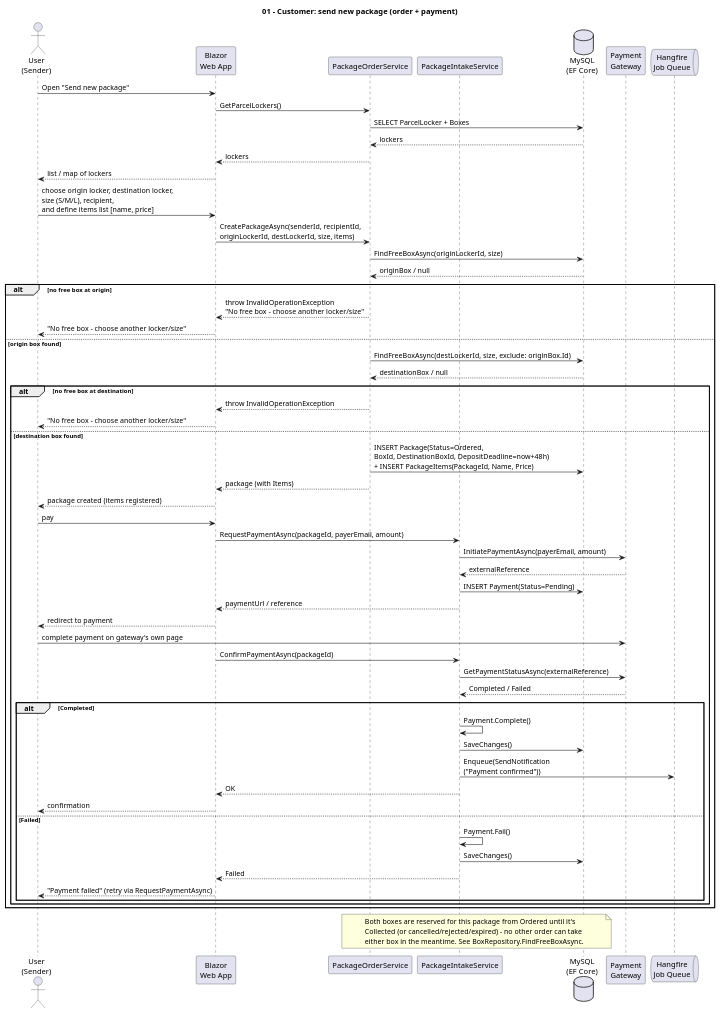
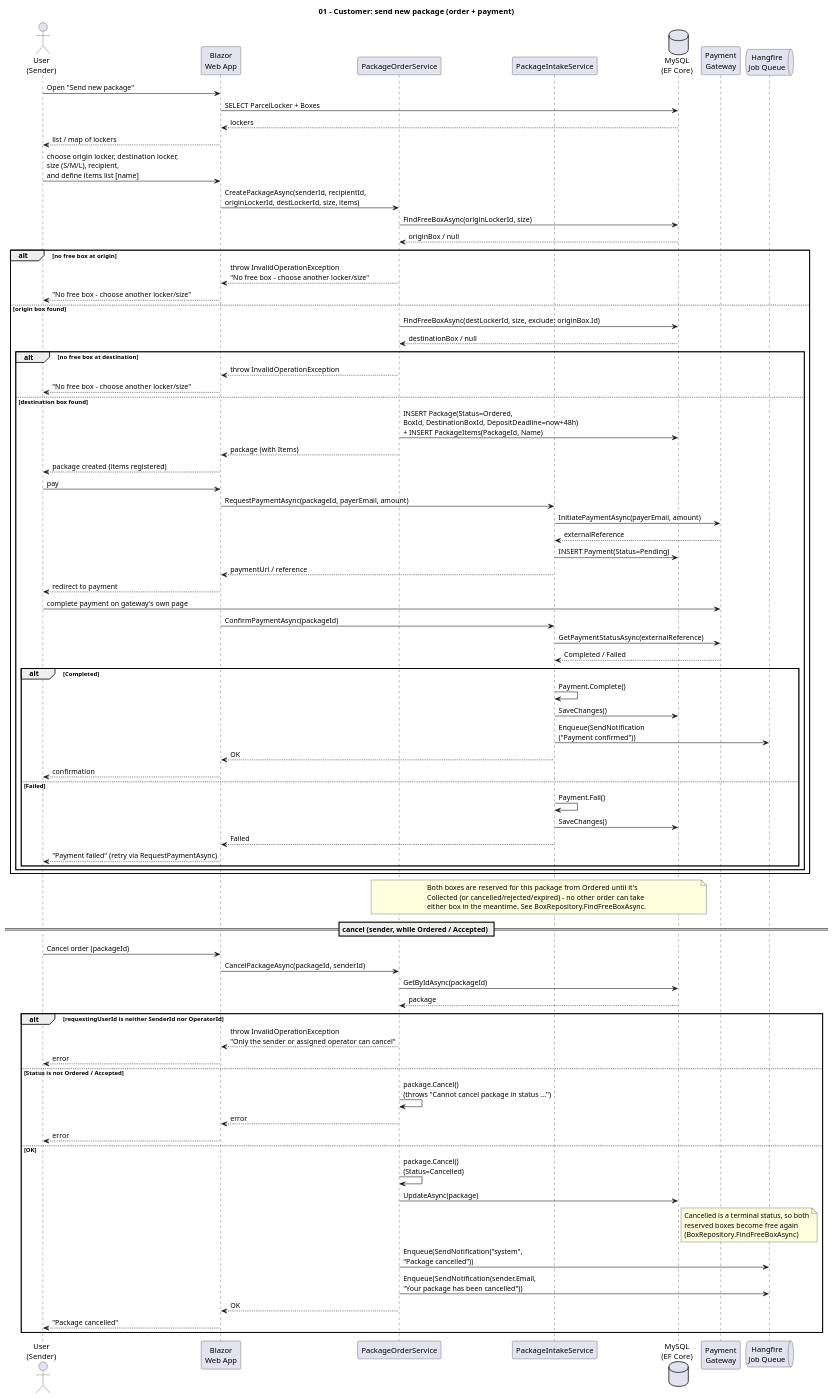
Before and after one commit to AGH-ISI-projects/package-management: the first of 6 diagrams in krzycha/docs/nowe/sekwencje/sequence-diagrams.puml, drawn with PlantUML. The commit also changed other lines of this file and 15 other files, not shown here.

First line of the commit message:
Aktualizacja diagramów i dokumentacji w docs/nowe do stanu kodu

```diff
--- a/krzycha/docs/nowe/sekwencje/sequence-diagrams.puml
+++ b/krzycha/docs/nowe/sekwencje/sequence-diagrams.puml
@@ -5,74 +5,99 @@
 @startuml 01-order-and-payment
 title 01 - Customer: send new package (order + payment)
 
 actor "User\n(Sender)" as Sender
 participant "Blazor\nWeb App" as Web
 participant "PackageOrderService" as OrderSvc
 participant "PackageIntakeService" as IntakeSvc
 database "MySQL\n(EF Core)" as DB
 participant "Payment\nGateway" as Gateway
 queue "Hangfire\nJob Queue" as Hangfire
 
 Sender -> Web: Open "Send new package"
-Web -> OrderSvc: GetParcelLockers()
-OrderSvc -> DB: SELECT ParcelLocker + Boxes
-DB --> OrderSvc: lockers
-OrderSvc --> Web: lockers
+Web -> DB: SELECT ParcelLocker + Boxes
+DB --> Web: lockers
 Web --> Sender: list / map of lockers
 
-Sender -> Web: choose origin locker, destination locker,\nsize (S/M/L), recipient,\nand define items list [name, price]
+Sender -> Web: choose origin locker, destination locker,\nsize (S/M/L), recipient,\nand define items list [name]
 
 Web -> OrderSvc: CreatePackageAsync(senderId, recipientId,\noriginLockerId, destLockerId, size, items)
 OrderSvc -> DB: FindFreeBoxAsync(originLockerId, size)
 DB --> OrderSvc: originBox / null
 
 alt no free box at origin
     OrderSvc --> Web: throw InvalidOperationException\n"No free box - choose another locker/size"
     Web --> Sender: "No free box - choose another locker/size"
 else origin box found
     OrderSvc -> DB: FindFreeBoxAsync(destLockerId, size, exclude: originBox.Id)
     DB --> OrderSvc: destinationBox / null
 
     alt no free box at destination
         OrderSvc --> Web: throw InvalidOperationException
         Web --> Sender: "No free box - choose another locker/size"
     else destination box found
-        OrderSvc -> DB: INSERT Package(Status=Ordered,\nBoxId, DestinationBoxId, DepositDeadline=now+48h)\n+ INSERT PackageItems(PackageId, Name, Price)
+        OrderSvc -> DB: INSERT Package(Status=Ordered,\nBoxId, DestinationBoxId, DepositDeadline=now+48h)\n+ INSERT PackageItems(PackageId, Name)
         OrderSvc --> Web: package (with Items)
         Web --> Sender: package created (items registered)
 
         Sender -> Web: pay
         Web -> IntakeSvc: RequestPaymentAsync(packageId, payerEmail, amount)
         IntakeSvc -> Gateway: InitiatePaymentAsync(payerEmail, amount)
         Gateway --> IntakeSvc: externalReference
         IntakeSvc -> DB: INSERT Payment(Status=Pending)
         IntakeSvc --> Web: paymentUrl / reference
         Web --> Sender: redirect to payment
 
         Sender -> Gateway: complete payment on gateway's own page
         Web -> IntakeSvc: ConfirmPaymentAsync(packageId)
         IntakeSvc -> Gateway: GetPaymentStatusAsync(externalReference)
         Gateway --> IntakeSvc: Completed / Failed
 
         alt Completed
             IntakeSvc -> IntakeSvc: Payment.Complete()
             IntakeSvc -> DB: SaveChanges()
             IntakeSvc -> Hangfire: Enqueue(SendNotification\n("Payment confirmed"))
             IntakeSvc --> Web: OK
             Web --> Sender: confirmation
         else Failed
             IntakeSvc -> IntakeSvc: Payment.Fail()
             IntakeSvc -> DB: SaveChanges()
             IntakeSvc --> Web: Failed
             Web --> Sender: "Payment failed" (retry via RequestPaymentAsync)
         end
     end
 end
 
 note over OrderSvc, DB
   Both boxes are reserved for this package from Ordered until it's
   Collected (or cancelled/rejected/expired) - no other order can take
   either box in the meantime. See BoxRepository.FindFreeBoxAsync.
 end note
 
+== cancel (sender, while Ordered / Accepted) ==
+Sender -> Web: Cancel order (packageId)
+Web -> OrderSvc: CancelPackageAsync(packageId, senderId)
+OrderSvc -> DB: GetByIdAsync(packageId)
+DB --> OrderSvc: package
+
+alt requestingUserId is neither SenderId nor OperatorId
+    OrderSvc --> Web: throw InvalidOperationException\n"Only the sender or assigned operator can cancel"
+    Web --> Sender: error
+else Status is not Ordered / Accepted
+    OrderSvc -> OrderSvc: package.Cancel()\n(throws "Cannot cancel package in status ...")
+    OrderSvc --> Web: error
+    Web --> Sender: error
+else OK
+    OrderSvc -> OrderSvc: package.Cancel()\n(Status=Cancelled)
+    OrderSvc -> DB: UpdateAsync(package)
+    note right of DB
+      Cancelled is a terminal status, so both
+      reserved boxes become free again
+      (BoxRepository.FindFreeBoxAsync)
+    end note
+    OrderSvc -> Hangfire: Enqueue(SendNotification("system",\n"Package cancelled"))
+    OrderSvc -> Hangfire: Enqueue(SendNotification(sender.Email,\n"Your package has been cancelled"))
+    OrderSvc --> Web: OK
+    Web --> Sender: "Package cancelled"
+end
+
 @enduml
```
